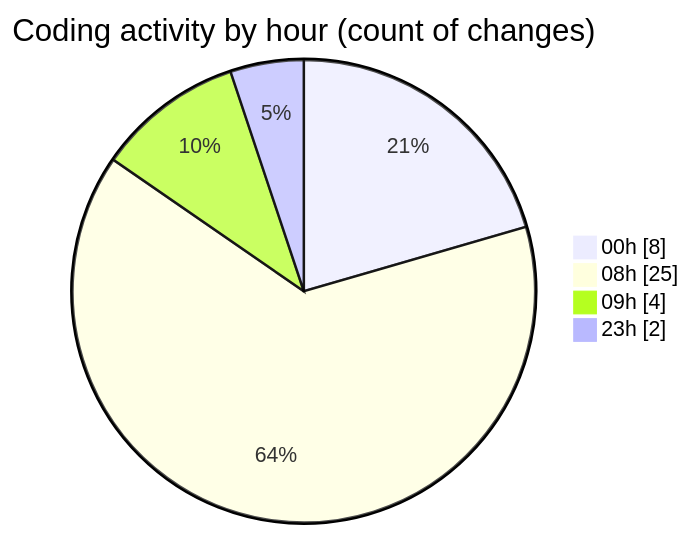
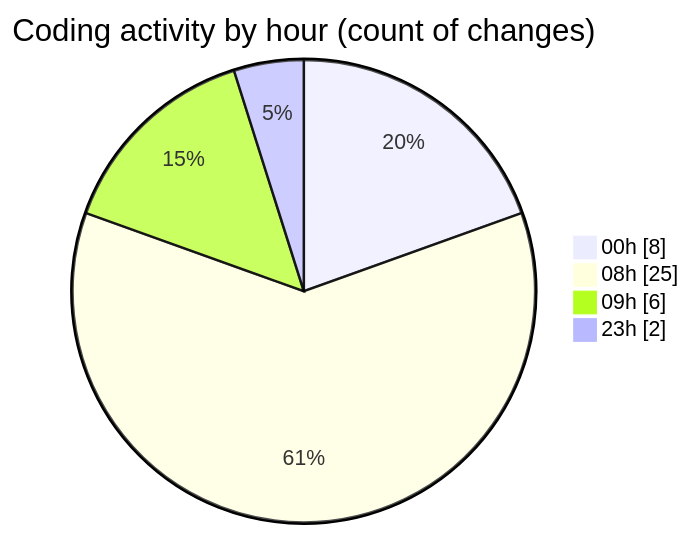
The second of 2 diagrams in 2025-08-13/ribbon/README.md (EIIisD/code-tracking), drawn with Mermaid before and after one commit. The commit also changed other lines of this file and 1 other file, not shown here.

````diff
--- a/2025-08-13/ribbon/README.md
+++ b/2025-08-13/ribbon/README.md
@@ -35,8 +35,8 @@
 ```mermaid
 pie showData
 title Coding activity by hour (count of changes)
 "00h" : 8
 "08h" : 25
-"09h" : 4
+"09h" : 6
 "23h" : 2
 ```
````
